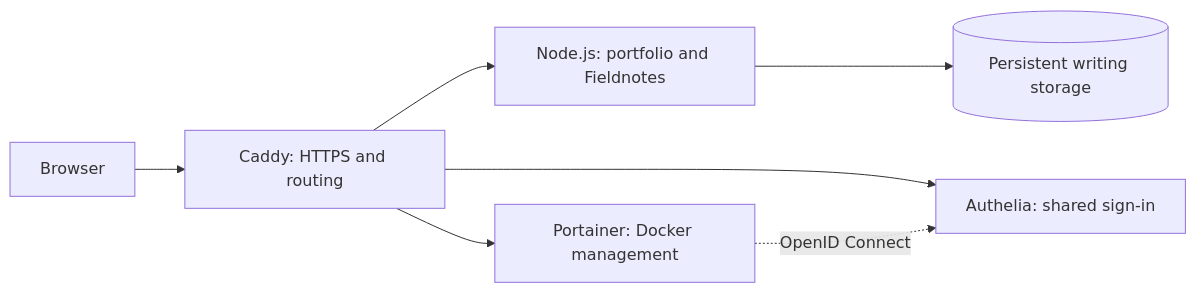
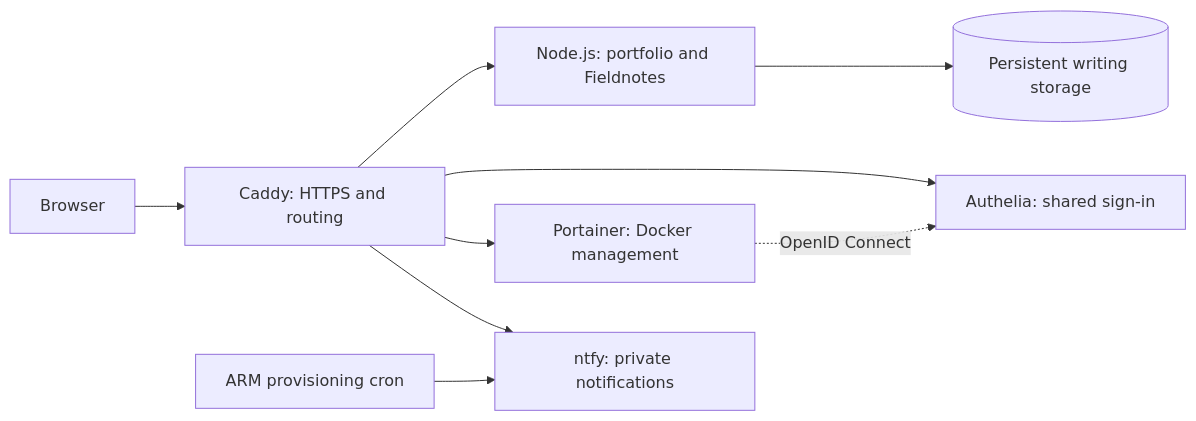
The diagram in README.md (RithvikRS/Portfolio-website), drawn with Mermaid before and after one commit. The commit also changed other lines of this file and 12 other files, not shown here.

````diff
--- a/README.md
+++ b/README.md
@@ -27,9 +27,11 @@
 ```mermaid
 flowchart LR
     browser[Browser] --> caddy[Caddy: HTTPS and routing]
     caddy --> app[Node.js: portfolio and Fieldnotes]
     caddy --> auth[Authelia: shared sign-in]
     caddy --> portainer[Portainer: Docker management]
+    caddy --> ntfy[ntfy: private notifications]
+    arm[ARM provisioning cron] --> ntfy
     portainer -. OpenID Connect .-> auth
     app --> notes[(Persistent writing storage)]
 ```
````
